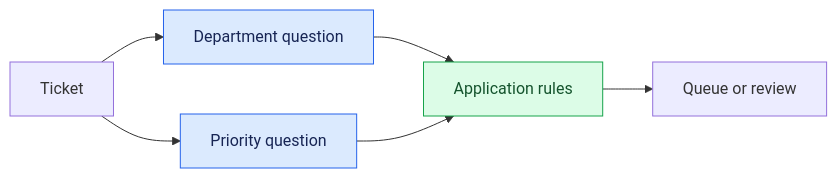
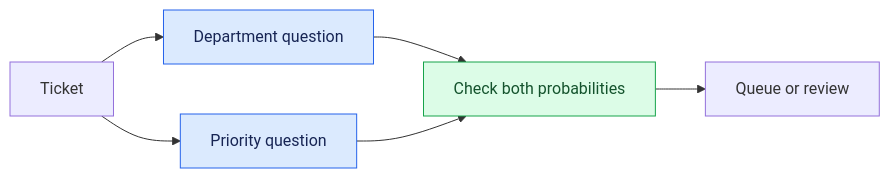
Before and after one commit to owainlewis/jev-examples: the second of 3 diagrams in docs/video.md, drawn with Mermaid. The commit also changed other lines of this file, not shown here.

````diff
--- a/docs/video.md
+++ b/docs/video.md
@@ -67,11 +67,11 @@
 ```mermaid
 flowchart LR
     T[Ticket] --> D[Department question]
     T --> P[Priority question]
-    D --> R[Application rules]
+    D --> R[Check both probabilities]
     P --> R
     R --> Q[Queue or review]
     style D fill:#dbeafe,stroke:#2563eb,color:#172554
     style P fill:#dbeafe,stroke:#2563eb,color:#172554
     style R fill:#dcfce7,stroke:#16a34a,color:#14532d
 ```
````
